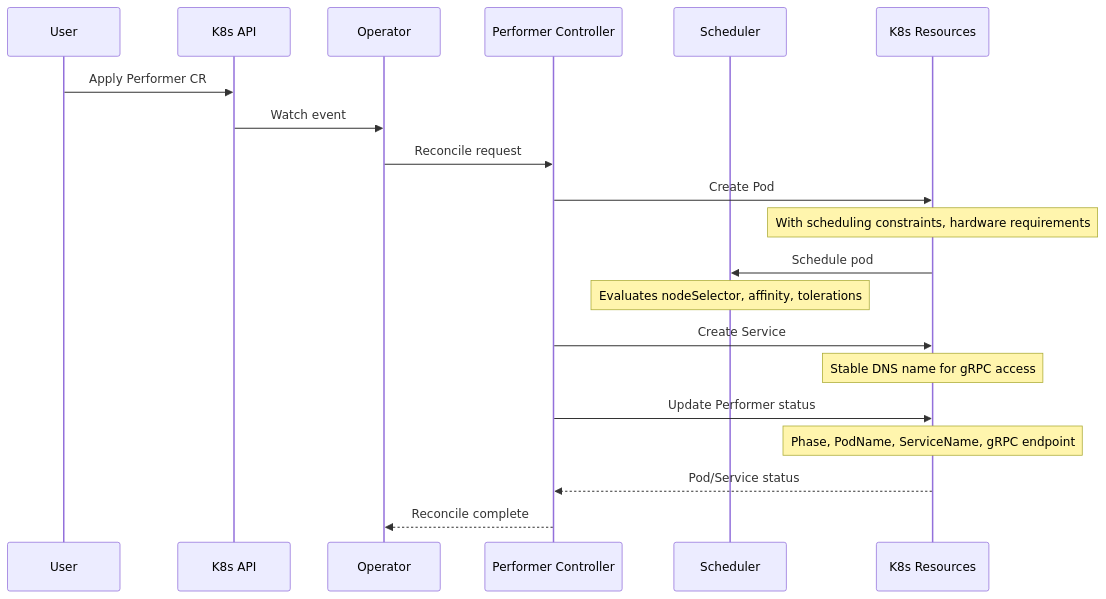
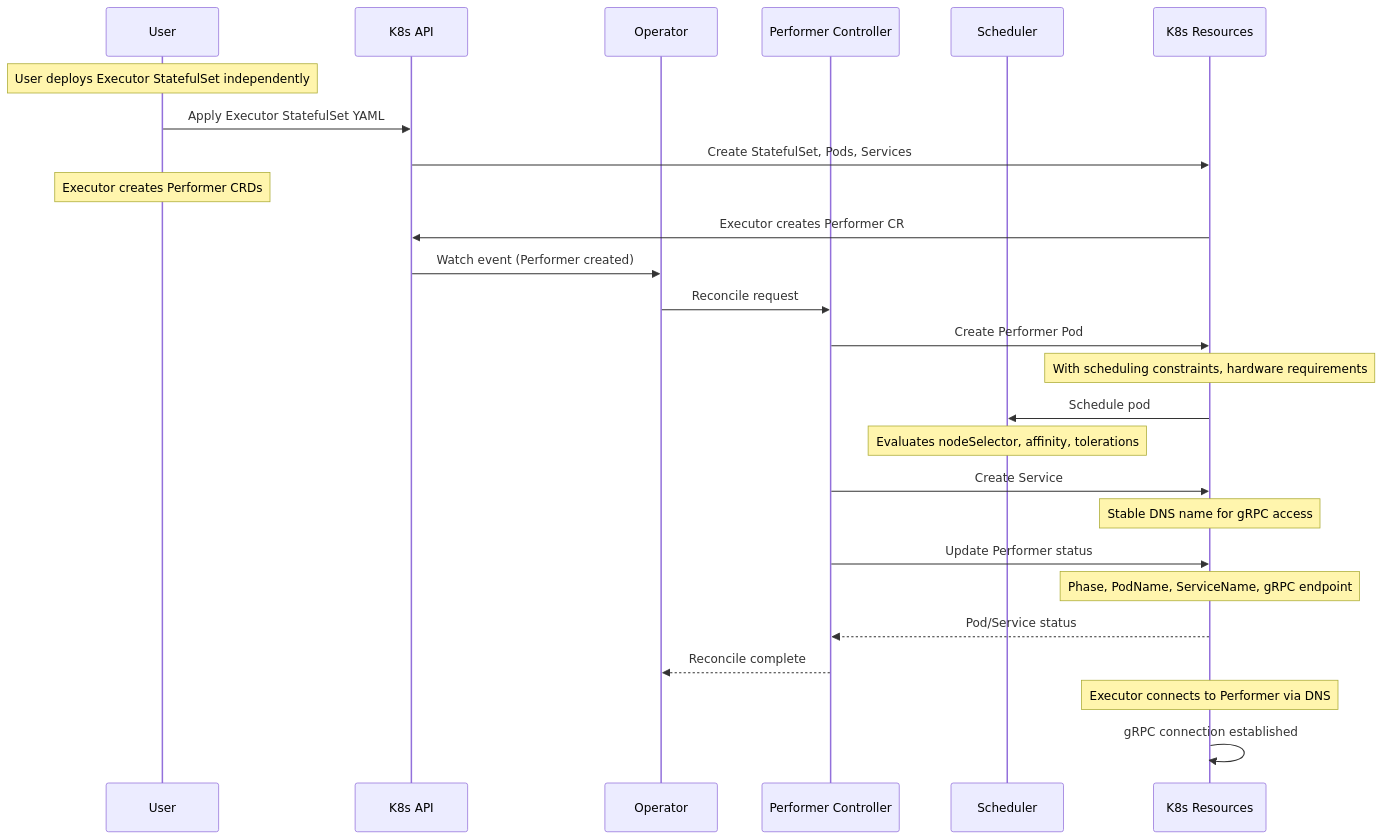
Before and after one commit to Layr-Labs/hourglass-monorepo: the third of 3 diagrams in hourglass-operator/docs/operator/README.md, drawn with Mermaid. The commit also changed other lines of this file and 4 other files, not shown here.

Commit message:
refactored and updated architecture

````diff
--- a/hourglass-operator/docs/operator/README.md
+++ b/hourglass-operator/docs/operator/README.md
@@ -101,28 +105,36 @@
 ```mermaid
 sequenceDiagram
     participant User
     participant K8s API
     participant Operator
     participant Performer Controller
     participant Scheduler
     participant Resources as K8s Resources
     
-    User->>K8s API: Apply Performer CR
-    K8s API->>Operator: Watch event
+    Note over User: User deploys Executor StatefulSet independently
+    User->>K8s API: Apply Executor StatefulSet YAML
+    K8s API->>Resources: Create StatefulSet, Pods, Services
+    
+    Note over User: Executor creates Performer CRDs
+    Resources->>K8s API: Executor creates Performer CR
+    K8s API->>Operator: Watch event (Performer created)
     Operator->>Performer Controller: Reconcile request
     
-    Performer Controller->>Resources: Create Pod
+    Performer Controller->>Resources: Create Performer Pod
     Note over Resources: With scheduling constraints, hardware requirements
     
     Resources->>Scheduler: Schedule pod
     Note over Scheduler: Evaluates nodeSelector, affinity, tolerations
     
     Performer Controller->>Resources: Create Service
     Note over Resources: Stable DNS name for gRPC access
     
     Performer Controller->>Resources: Update Performer status
     Note over Resources: Phase, PodName, ServiceName, gRPC endpoint
     
     Resources-->>Performer Controller: Pod/Service status
     Performer Controller-->>Operator: Reconcile complete
+    
+    Note over Resources: Executor connects to Performer via DNS
+    Resources->>Resources: gRPC connection established
 ```
````
